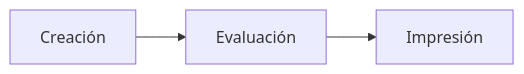
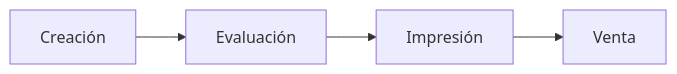
The first of 3 diagrams in README.md (Wieworki/Documentacion), drawn with Mermaid before and after one commit. The commit also changed other lines of this file, not shown here.

````diff
--- a/README.md
+++ b/README.md
@@ -34,5 +34,6 @@
 ```mermaid
 graph LR;
     Creación-->Evaluación;
     Evaluación-->Impresión;
+    Impresión-->Venta;
 ```
````
